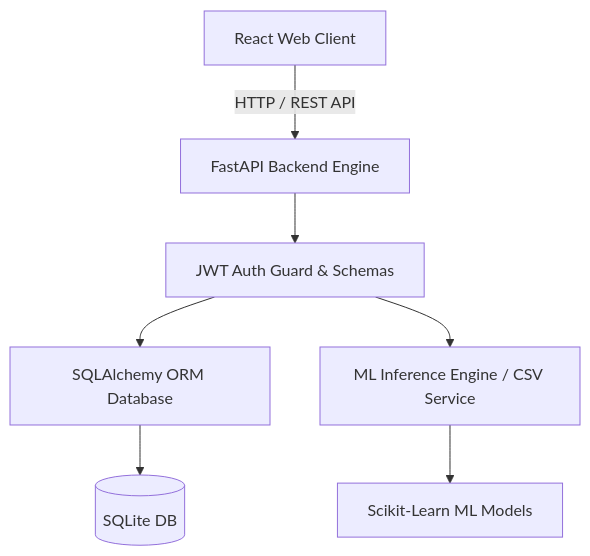
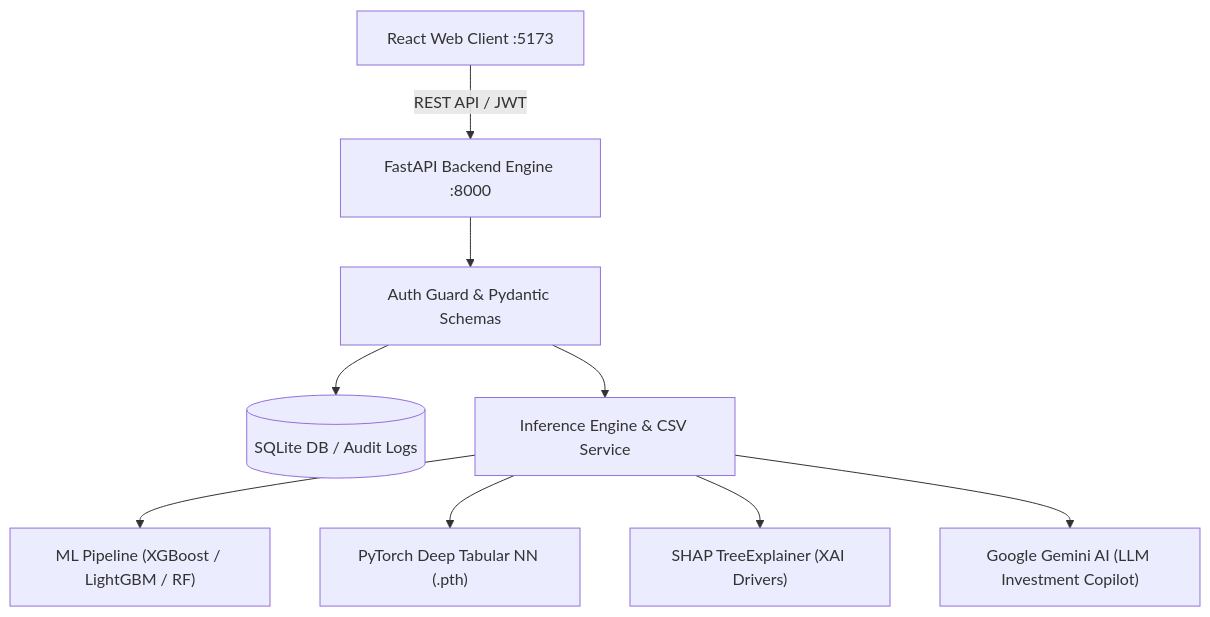
One commit to thatvivekhingu/Ai_Startup_Success_Predictor changed the diagram in README.md. Above: the diagram before and after it, drawn with Mermaid. The commit also changed other lines of this file, not shown here.

Commit message:
docs: update README with PyTorch, XGBoost, SHAP XAI, and Gemini LLM Copilot guide

````diff
--- a/README.md
+++ b/README.md
@@ -37,9 +44,11 @@
 ```mermaid
 graph TD
-    A[React Web Client] -->|HTTP / REST API| B[FastAPI Backend Engine]
-    B --> C[JWT Auth Guard & Schemas]
-    C --> D[SQLAlchemy ORM Database]
-    C --> E[ML Inference Engine / CSV Service]
-    E --> F[Scikit-Learn ML Models]
-    D --> G[(SQLite DB)]
+    A[React Web Client :5173] -->|REST API / JWT| B[FastAPI Backend Engine :8000]
+    B --> C[Auth Guard & Pydantic Schemas]
+    C --> D[(SQLite DB / Audit Logs)]
+    C --> E[Inference Engine & CSV Service]
+    E --> F["ML Pipeline (XGBoost / LightGBM / RF)"]
+    E --> G["PyTorch Deep Tabular NN (.pth)"]
+    E --> H["SHAP TreeExplainer (XAI Drivers)"]
+    E --> I["Google Gemini AI (LLM Investment Copilot)"]
 ```
````
